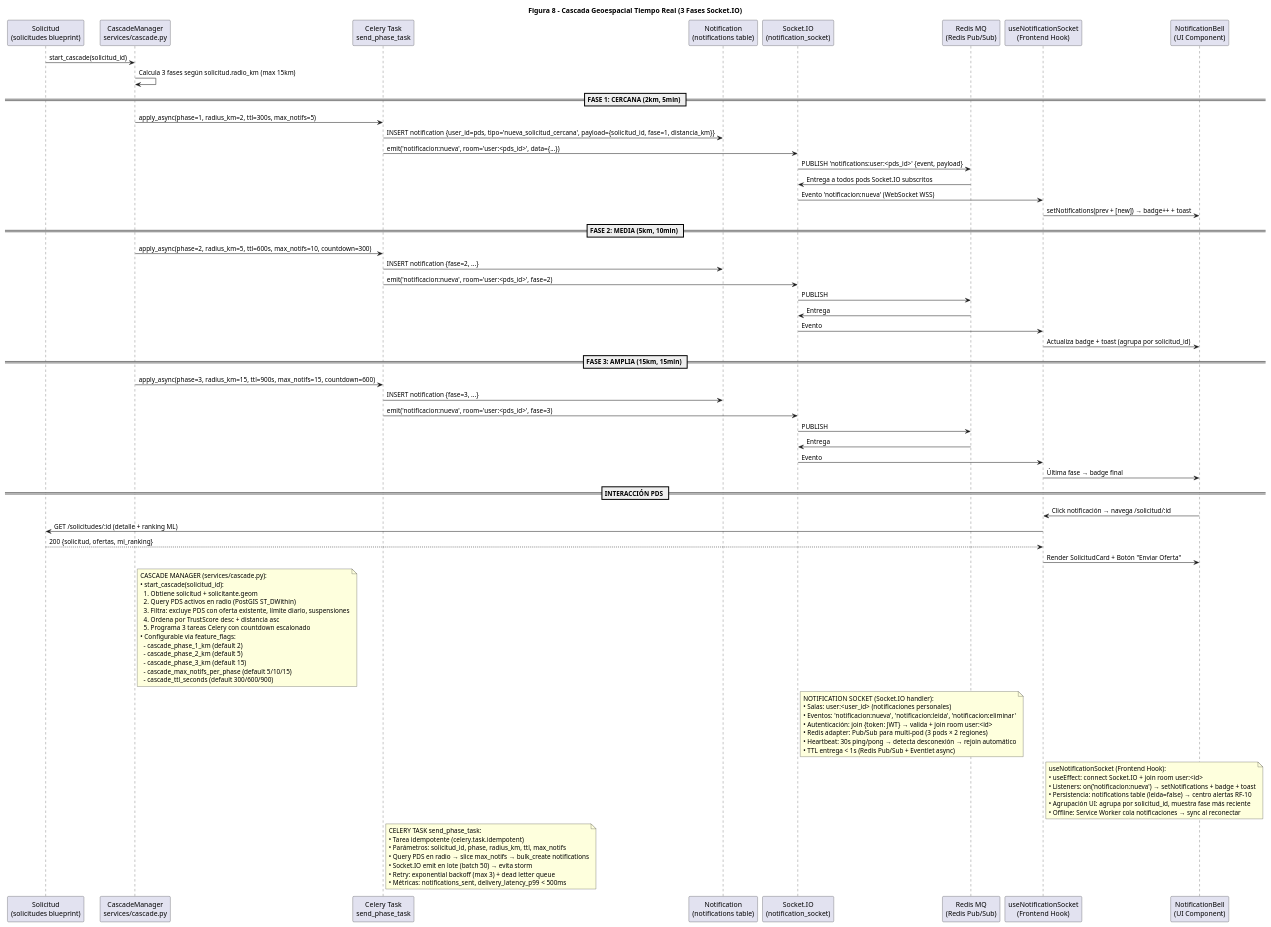
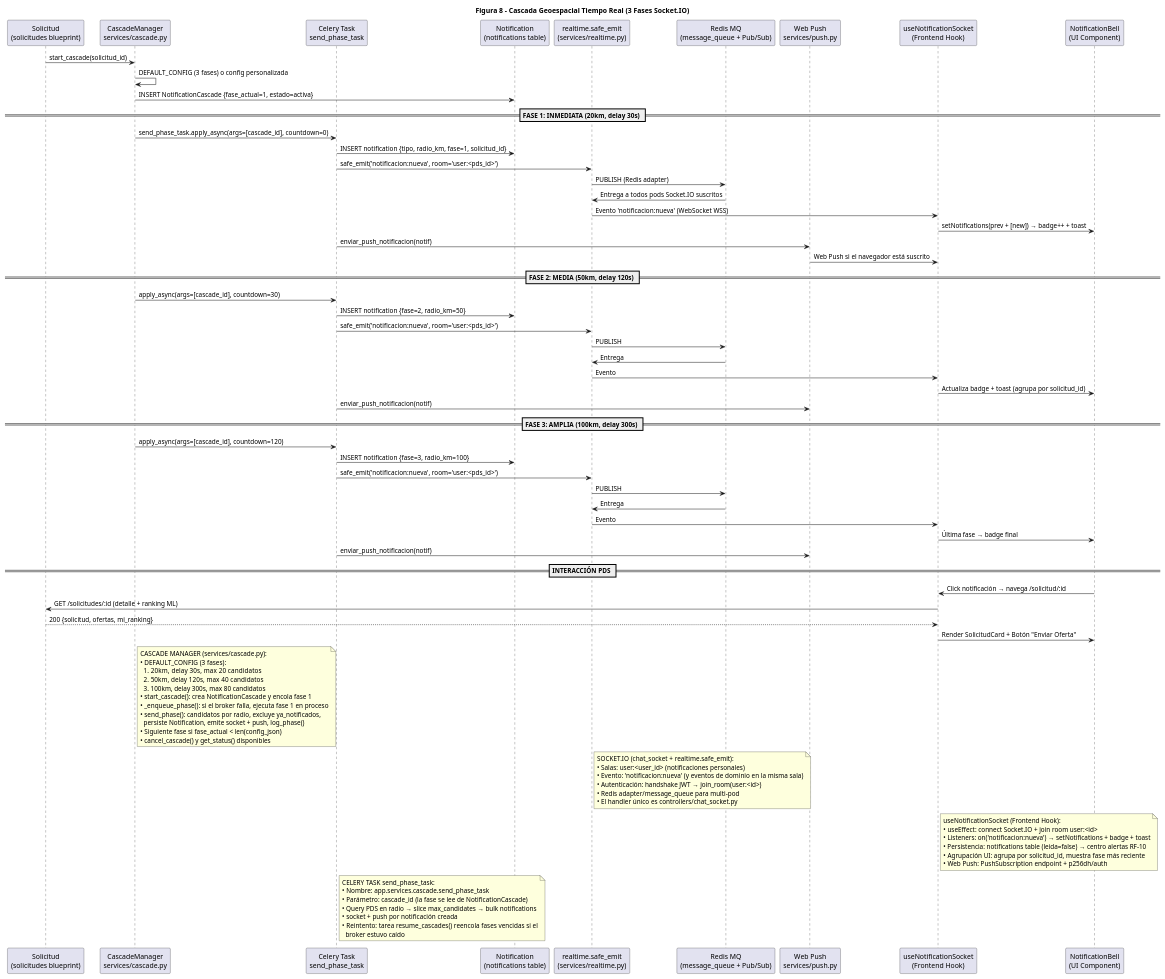
Before and after one commit to jpalacioing98/Chambeapp_Doc: the diagram in Arquitectura/diagramas/sequence/08_cascada_geoespacial.puml, drawn with PlantUML. The commit also changed 60 other files, not shown here.

Commit message:
docs: completar y actualizar diagramas de arquitectura segun codigo fuente

```diff
--- a/Arquitectura/diagramas/sequence/08_cascada_geoespacial.puml
+++ b/Arquitectura/diagramas/sequence/08_cascada_geoespacial.puml
@@ -1,94 +1,97 @@
 @startuml
 title Figura 8 - Cascada Geoespacial Tiempo Real (3 Fases Socket.IO)
 
 participant "Solicitud\n(solicitudes blueprint)" as SOL
 participant "CascadeManager\nservices/cascade.py" as CM
 participant "Celery Task\nsend_phase_task" as CEL
 participant "Notification\n(notifications table)" as N
-participant "Socket.IO\n(notification_socket)" as SIO
-participant "Redis MQ\n(Redis Pub/Sub)" as RD
+participant "realtime.safe_emit\n(services/realtime.py)" as SIO
+participant "Redis MQ\n(message_queue + Pub/Sub)" as RD
+participant "Web Push\nservices/push.py" as PUSH
 participant "useNotificationSocket\n(Frontend Hook)" as CL
 participant "NotificationBell\n(UI Component)" as NB
 
 SOL -> CM: start_cascade(solicitud_id)
-CM -> CM: Calcula 3 fases según solicitud.radio_km (max 15km)
+CM -> CM: DEFAULT_CONFIG (3 fases) o config personalizada
+CM -> N: INSERT NotificationCascade {fase_actual=1, estado=activa}
 
-== FASE 1: CERCANA (2km, 5min) ==
-CM -> CEL: apply_async(phase=1, radius_km=2, ttl=300s, max_notifs=5)
-CEL -> N: INSERT notification {user_id=pds, tipo='nueva_solicitud_cercana', payload={solicitud_id, fase=1, distancia_km}}
-CEL -> SIO: emit('notificacion:nueva', room='user:<pds_id>', data={...})
-SIO -> RD: PUBLISH 'notifications:user:<pds_id>' {event, payload}
-RD -> SIO: Entrega a todos pods Socket.IO subscritos
+== FASE 1: INMEDIATA (20km, delay 30s) ==
+CM -> CEL: send_phase_task.apply_async(args=[cascade_id], countdown=0)
+CEL -> N: INSERT notification {tipo, radio_km, fase=1, solicitud_id}
+CEL -> SIO: safe_emit('notificacion:nueva', room='user:<pds_id>')
+SIO -> RD: PUBLISH (Redis adapter)
+RD -> SIO: Entrega a todos pods Socket.IO suscritos
 SIO -> CL: Evento 'notificacion:nueva' (WebSocket WSS)
 CL -> NB: setNotifications(prev + [new]) → badge++ + toast
+CEL -> PUSH: enviar_push_notificacion(notif)
+PUSH -> CL: Web Push si el navegador está suscrito
 
-== FASE 2: MEDIA (5km, 10min) ==
-CM -> CEL: apply_async(phase=2, radius_km=5, ttl=600s, max_notifs=10, countdown=300)
-CEL -> N: INSERT notification {fase=2, ...}
-CEL -> SIO: emit('notificacion:nueva', room='user:<pds_id>', fase=2)
+== FASE 2: MEDIA (50km, delay 120s) ==
+CM -> CEL: apply_async(args=[cascade_id], countdown=30)
+CEL -> N: INSERT notification {fase=2, radio_km=50}
+CEL -> SIO: safe_emit('notificacion:nueva', room='user:<pds_id>')
 SIO -> RD: PUBLISH
 RD -> SIO: Entrega
 SIO -> CL: Evento
 CL -> NB: Actualiza badge + toast (agrupa por solicitud_id)
+CEL -> PUSH: enviar_push_notificacion(notif)
 
-== FASE 3: AMPLIA (15km, 15min) ==
-CM -> CEL: apply_async(phase=3, radius_km=15, ttl=900s, max_notifs=15, countdown=600)
-CEL -> N: INSERT notification {fase=3, ...}
-CEL -> SIO: emit('notificacion:nueva', room='user:<pds_id>', fase=3)
+== FASE 3: AMPLIA (100km, delay 300s) ==
+CM -> CEL: apply_async(args=[cascade_id], countdown=120)
+CEL -> N: INSERT notification {fase=3, radio_km=100}
+CEL -> SIO: safe_emit('notificacion:nueva', room='user:<pds_id>')
 SIO -> RD: PUBLISH
 RD -> SIO: Entrega
 SIO -> CL: Evento
 CL -> NB: Última fase → badge final
+CEL -> PUSH: enviar_push_notificacion(notif)
 
 == INTERACCIÓN PDS ==
 NB -> CL: Click notificación → navega /solicitud/:id
 CL -> SOL: GET /solicitudes/:id (detalle + ranking ML)
 SOL --> CL: 200 {solicitud, ofertas, mi_ranking}
 CL -> NB: Render SolicitudCard + Botón "Enviar Oferta"
 
 note right of CM
   CASCADE MANAGER (services/cascade.py):
-  • start_cascade(solicitud_id):
-    1. Obtiene solicitud + solicitante.geom
-    2. Query PDS activos en radio (PostGIS ST_DWithin)
-    3. Filtra: excluye PDS con oferta existente, límite diario, suspensiones
-    4. Ordena por TrustScore desc + distancia asc
-    5. Programa 3 tareas Celery con countdown escalonado
-  • Configurable via feature_flags:
-    - cascade_phase_1_km (default 2)
-    - cascade_phase_2_km (default 5)
-    - cascade_phase_3_km (default 15)
-    - cascade_max_notifs_per_phase (default 5/10/15)
-    - cascade_ttl_seconds (default 300/600/900)
+  • DEFAULT_CONFIG (3 fases):
+    1. 20km,  delay 30s,  max 20 candidatos
+    2. 50km,  delay 120s, max 40 candidatos
+    3. 100km, delay 300s, max 80 candidatos
+  • start_cascade(): crea NotificationCascade y encola fase 1
+  • _enqueue_phase(): si el broker falla, ejecuta fase 1 en proceso
+  • send_phase(): candidatos por radio, excluye ya_notificados,
+    persiste Notification, emite socket + push, log_phase()
+  • Siguiente fase si fase_actual < len(config_json)
+  • cancel_cascade() y get_status() disponibles
 end note
 
 note right of SIO
-  NOTIFICATION SOCKET (Socket.IO handler):
+  SOCKET.IO (chat_socket + realtime.safe_emit):
   • Salas: user:<user_id> (notificaciones personales)
-  • Eventos: 'notificacion:nueva', 'notificacion:leida', 'notificacion:eliminar'
-  • Autenticación: join {token: JWT} → valida + join room user:<id>
-  • Redis adapter: Pub/Sub para multi-pod (3 pods × 2 regiones)
-  • Heartbeat: 30s ping/pong → detecta desconexión → rejoin automático
-  • TTL entrega < 1s (Redis Pub/Sub + Eventlet async)
+  • Evento: 'notificacion:nueva' (y eventos de dominio en la misma sala)
+  • Autenticación: handshake JWT → join_room(user:<id>)
+  • Redis adapter/message_queue para multi-pod
+  • El handler único es controllers/chat_socket.py
 end note
 
 note right of CL
   useNotificationSocket (Frontend Hook):
   • useEffect: connect Socket.IO + join room user:<id>
   • Listeners: on('notificacion:nueva') → setNotifications + badge + toast
   • Persistencia: notifications table (leida=false) → centro alertas RF-10
   • Agrupación UI: agrupa por solicitud_id, muestra fase más reciente
-  • Offline: Service Worker cola notificaciones → sync al reconectar
+  • Web Push: PushSubscription endpoint + p256dh/auth
 end note
 
 note right of CEL
   CELERY TASK send_phase_task:
-  • Tarea idempotente (celery.task.idempotent)
-  • Parámetros: solicitud_id, phase, radius_km, ttl, max_notifs
-  • Query PDS en radio → slice max_notifs → bulk_create notifications
-  • Socket.IO emit en lote (batch 50) → evita storm
-  • Retry: exponential backoff (max 3) + dead letter queue
-  • Métricas: notifications_sent, delivery_latency_p99 < 500ms
+  • Nombre: app.services.cascade.send_phase_task
+  • Parámetro: cascade_id (la fase se lee de NotificationCascade)
+  • Query PDS en radio → slice max_candidates → bulk notifications
+  • socket + push por notificación creada
+  • Reintento: tarea resume_cascades() reencola fases vencidas si el
+    broker estuvo caído
 end note
 
 @enduml
```
